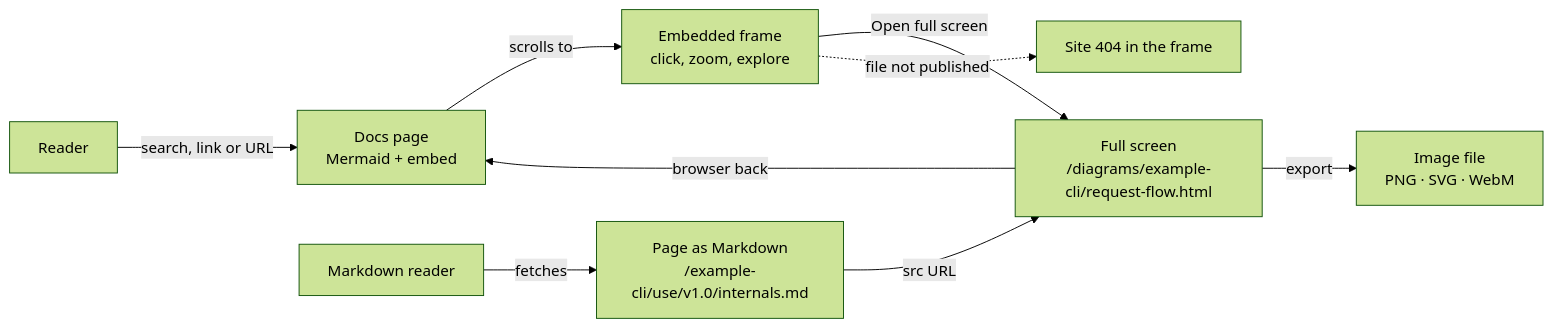
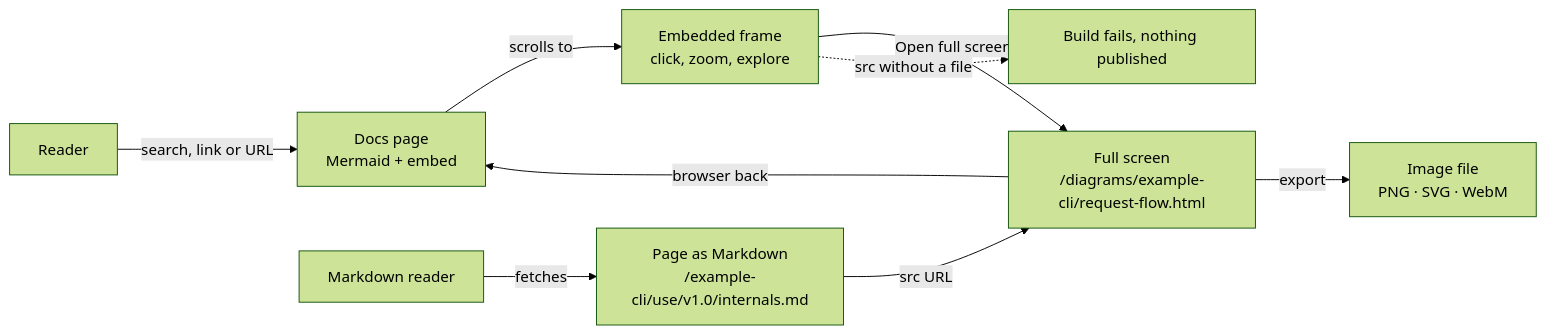
One commit to nepal-dev-com/docs.nepal-dev.com changed the first of 4 diagrams in content/docs/maintain/app-flow/html-embeds.mdx. Above: the diagram before and after it, drawn with Mermaid (forest theme). The commit also changed other lines of this file and 86 other files, not shown here.

````diff
--- a/content/docs/maintain/app-flow/html-embeds.mdx
+++ b/content/docs/maintain/app-flow/html-embeds.mdx
@@ -35,11 +34,11 @@
 ```mermaid
 flowchart LR
   R[Reader] -->|search, link or URL| P["Docs page<br/>Mermaid + embed"]
   P -->|scrolls to| F["Embedded frame<br/>click, zoom, explore"]
   F -->|Open full screen| V["Full screen<br/>/diagrams/example-cli/request-flow.html"]
   V -->|browser back| P
   V -->|export| E["Image file<br/>PNG · SVG · WebM"]
   T[Markdown reader] -->|fetches| M["Page as Markdown<br/>/example-cli/use/v1.0/internals.md"]
   M -->|src URL| V
-  F -.->|file not published| N[Site 404 in the frame]
+  F -.->|src without a file| N[Build fails, nothing published]
 ```
````
